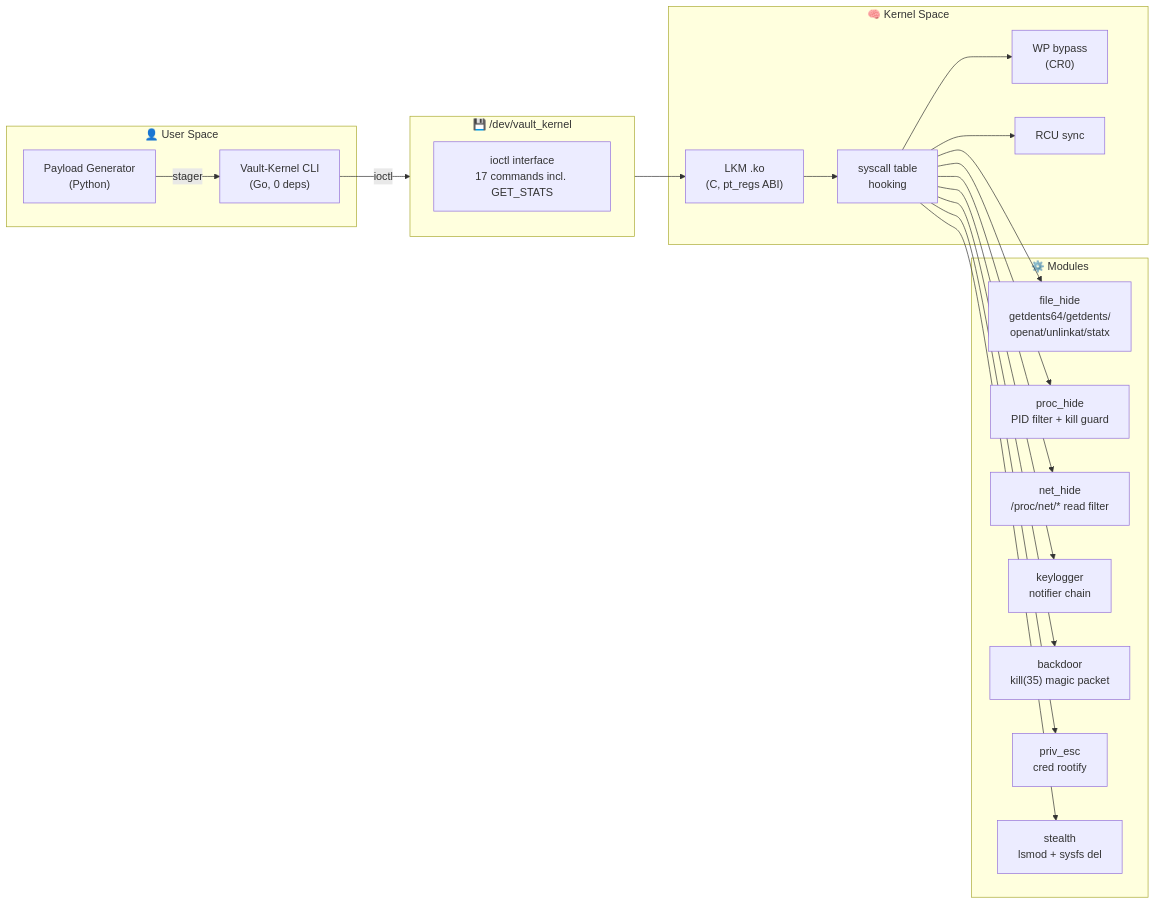
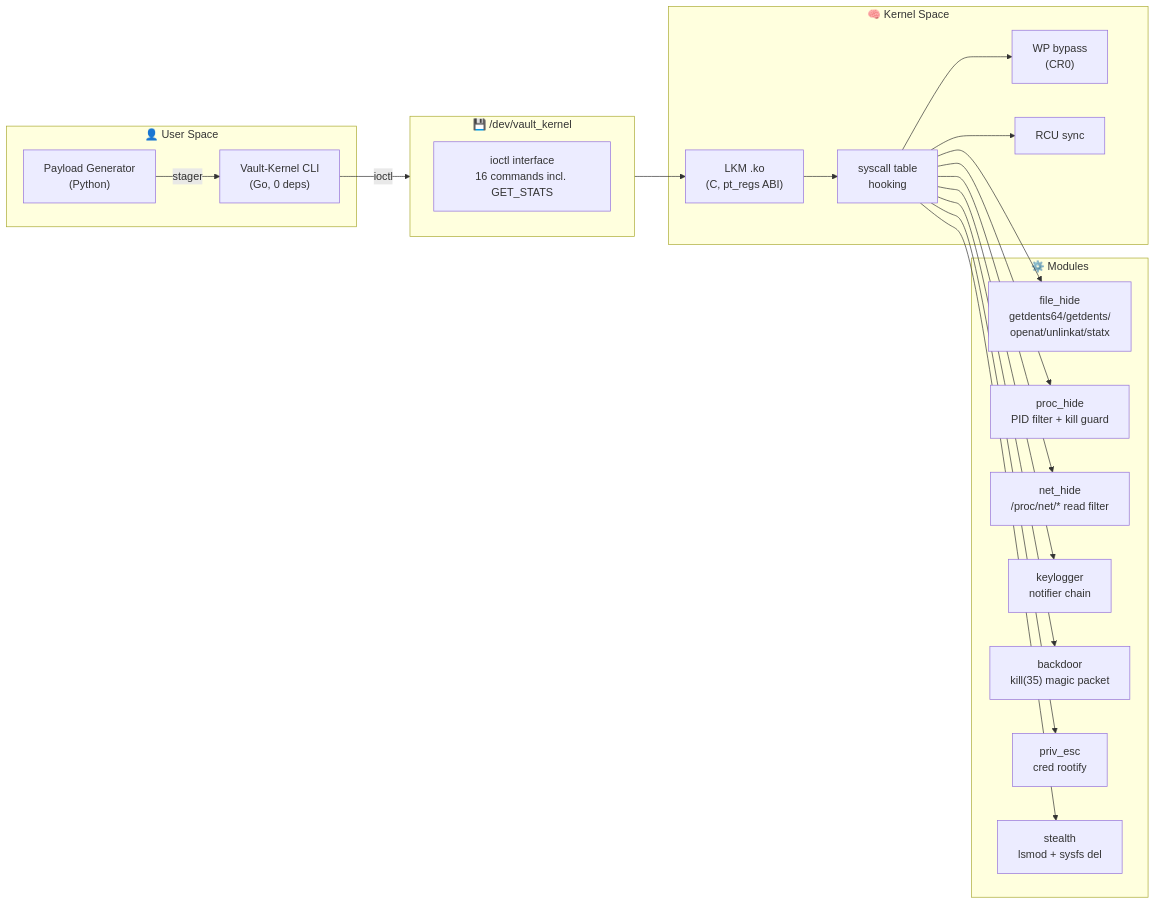
Before and after one commit to Ruby570bocadito/Vault-Kernel: the diagram in README.md, drawn with Mermaid. The commit also changed other lines of this file and 24 other files, not shown here.

````diff
--- a/README.md
+++ b/README.md
@@ -32,41 +32,41 @@
 ```mermaid
 flowchart LR
     subgraph User["👤 User Space"]
         CLI["Vault-Kernel CLI<br/>(Go, 0 deps)"]
         Payload["Payload Generator<br/>(Python)"]
     end
 
     subgraph Kernel["🧠 Kernel Space"]
         LKM["LKM .ko<br/>(C, pt_regs ABI)"]
         SCT["syscall table<br/>hooking"]
         WP["WP bypass<br/>(CR0)"]
         RCU["RCU sync"]
     end
 
     subgraph Ops["⚙️ Modules"]
         FH["file_hide<br/>getdents64/getdents/<br/>openat/unlinkat/statx"]
         PH["proc_hide<br/>PID filter + kill guard"]
         NH["net_hide<br/>/proc/net/* read filter"]
         KL["keylogger<br/>notifier chain"]
         BS["backdoor<br/>kill(35) magic packet"]
         PE["priv_esc<br/>cred rootify"]
         SH["stealth<br/>lsmod + sysfs del"]
     end
 
     subgraph Device["💾 /dev/vault_kernel"]
-        IOC["ioctl interface<br/>17 commands incl. GET_STATS"]
+        IOC["ioctl interface<br/>16 commands incl. GET_STATS"]
     end
 
     CLI -->|ioctl| Device
     Payload -->|stager| CLI
     Device --> LKM
     LKM --> SCT --> WP
     SCT --> RCU
     SCT --> FH
     SCT --> PH
     SCT --> NH
     SCT --> KL
     SCT --> BS
     SCT --> PE
     SCT --> SH
 ```
````
